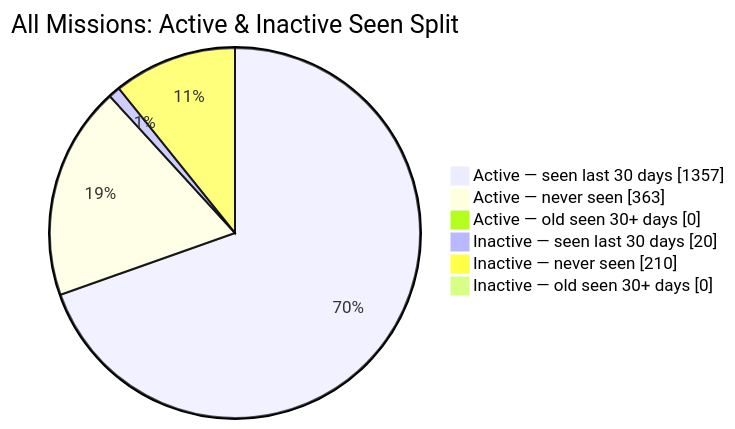
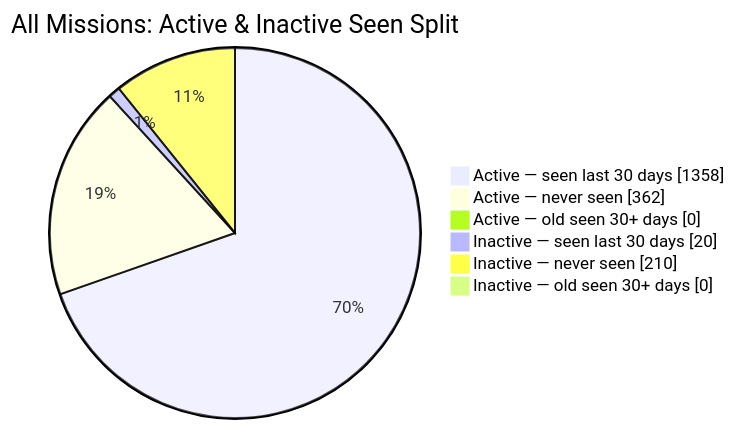
Before and after one commit to MeldkamerspelGameTeam/active-missions: the second of 2 diagrams in README.md, drawn with Mermaid. The commit also changed other lines of this file and 3 other files, not shown here.

````diff
--- a/README.md
+++ b/README.md
@@ -44,10 +44,10 @@
 ```mermaid
 pie showData
     title All Missions: Active & Inactive Seen Split
-    "Active — seen last 30 days" : 1357
-    "Active — never seen" : 363
+    "Active — seen last 30 days" : 1358
+    "Active — never seen" : 362
     "Active — old seen 30+ days" : 0
     "Inactive — seen last 30 days" : 20
     "Inactive — never seen" : 210
     "Inactive — old seen 30+ days" : 0
 ```
````
